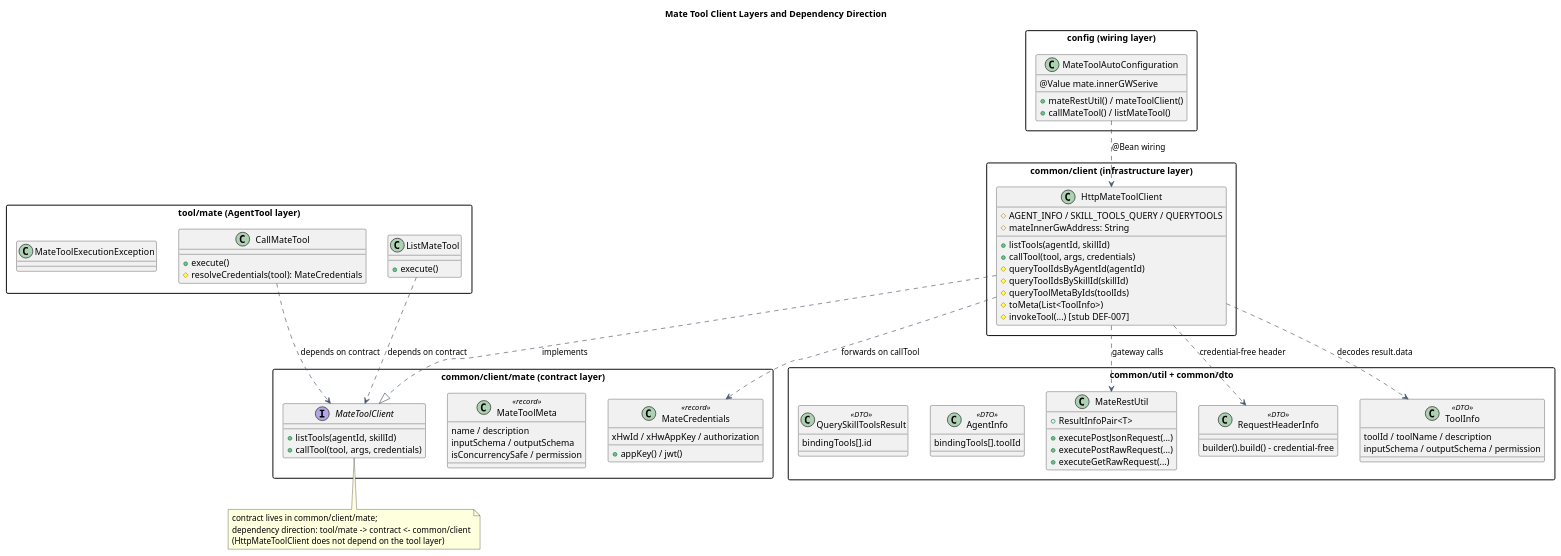
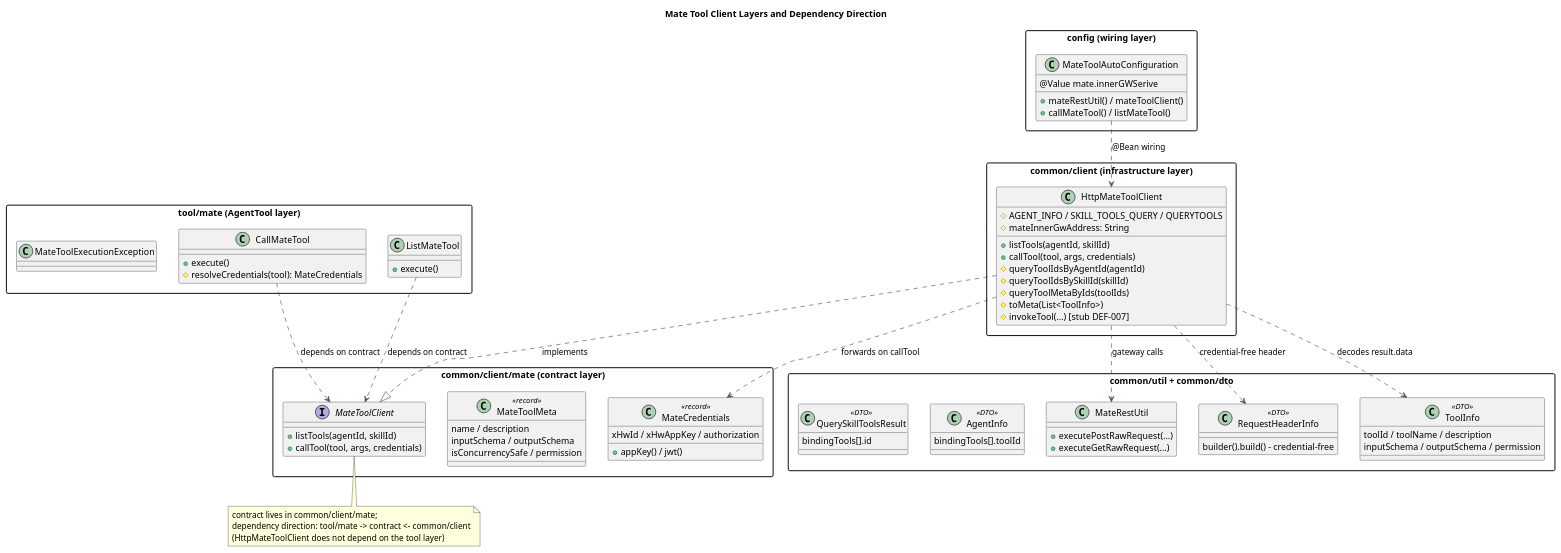
The first of 2 diagrams in docs/designs/mate-tool-client/diagram.puml (2862282695gjh-afk/pi-mono-java), drawn with PlantUML before and after one commit. The commit also changed other lines of this file and 59 other files, not shown here.

First line of the commit message:
fix(mate-tool): 二审修复——环境变量大小写/路径注入校验/设计制品/中文规范

```diff
--- a/docs/designs/mate-tool-client/diagram.puml
+++ b/docs/designs/mate-tool-client/diagram.puml
@@ -1,119 +1,116 @@
 @startuml mate_tool_client_layers
 ' Source evidence:
 ' - modules/coding-agent-cli/src/main/java/com/campusclaw/codingagent/tool/mate/:
 '   CallMateTool (resolveCredentials hook, MateToolExecutionException),
 '   ListMateTool (agent/skill passthrough)
 ' - modules/coding-agent-cli/src/main/java/com/campusclaw/codingagent/common/client/mate/:
 '   MateToolClient (listTools/callTool contract), MateToolMeta, MateCredentials
 ' - modules/coding-agent-cli/src/main/java/com/campusclaw/codingagent/common/client/:
 '   HttpMateToolClient (two-step listTools wiring, invokeTool stub DEF-007)
 ' - modules/coding-agent-cli/src/main/java/com/campusclaw/codingagent/common/util/:
-'   MateRestUtil (executePostJsonRequest / executePostRawRequest /
-'   executeGetRawRequest, ResultInfoPair)
+'   MateRestUtil (executePostRawRequest / executeGetRawRequest)
 ' - modules/coding-agent-cli/src/main/java/com/campusclaw/codingagent/common/dto/:
 '   RequestHeaderInfo (credential-free builder), ToolInfo (QUERYTOOLS result.data),
 '   AgentInfo (bindingTools[].toolId), QuerySkillToolsResult/SkillBindingTool
 '   (bindingTools[].id)
 ' - modules/coding-agent-cli/src/main/java/com/campusclaw/codingagent/config/:
 '   MateToolAutoConfiguration (@Value mate.innerGWSerive), MateToolProperties
-' Source baseline: superheromeZzh/pi-mono-java main + this PR head
+' Source baseline: superheromeZzh/pi-mono-java PR #144 head (branch refactor/mate-tool-properties-lombok)
 ' Observed behavior: both AgentTools are stateless Spring singletons; listTools
 ' resolves bound tool IDs from agent/skill metadata (GET) then calls
 ' QUERYTOOLS credential-free; callTool forwards agent-handed-down
 ' credentials; the invoke RPC is still a DEF-007 stub.
 ' Design reason: process-wide singleton lifetime forbids per-session state on
 ' instances; permission (allow/ask/deny) enforcement stays on the Mate server.
 
 skinparam backgroundColor white
 skinparam shadowing false
 skinparam packageStyle rectangle
 skinparam ArrowColor #475569
 
 title Mate Tool Client Layers and Dependency Direction
 
 package "tool/mate (AgentTool layer)" {
   class CallMateTool {
     + execute()
     # resolveCredentials(tool): MateCredentials
   }
   class ListMateTool {
     + execute()
   }
   class MateToolExecutionException
 }
 
 package "common/client (infrastructure layer)" {
   class HttpMateToolClient {
     # AGENT_INFO / SKILL_TOOLS_QUERY / QUERYTOOLS
     # mateInnerGwAddress: String
     + listTools(agentId, skillId)
     + callTool(tool, args, credentials)
     # queryToolIdsByAgentId(agentId)
     # queryToolIdsBySkillId(skillId)
     # queryToolMetaByIds(toolIds)
     # toMeta(List<ToolInfo>)
     # invokeTool(...) [stub DEF-007]
   }
 }
 
 package "common/client/mate (contract layer)" {
   interface MateToolClient {
     + listTools(agentId, skillId)
     + callTool(tool, args, credentials)
   }
   class MateToolMeta <<record>> {
     name / description
     inputSchema / outputSchema
     isConcurrencySafe / permission
   }
   class MateCredentials <<record>> {
     xHwId / xHwAppKey / authorization
     + appKey() / jwt()
   }
 }
 
 package "common/util + common/dto" {
   class MateRestUtil {
-    + executePostJsonRequest(...)
     + executePostRawRequest(...)
     + executeGetRawRequest(...)
-    + ResultInfoPair<T>
   }
   class RequestHeaderInfo <<DTO>> {
     builder().build() - credential-free
   }
   class ToolInfo <<DTO>> {
     toolId / toolName / description
     inputSchema / outputSchema / permission
   }
   class AgentInfo <<DTO>> {
     bindingTools[].toolId
   }
   class QuerySkillToolsResult <<DTO>> {
     bindingTools[].id
   }
 }
 
 package "config (wiring layer)" {
   class MateToolAutoConfiguration {
     @Value mate.innerGWSerive
     + mateRestUtil() / mateToolClient()
     + callMateTool() / listMateTool()
   }
 }
 
 CallMateTool ..> MateToolClient : depends on contract
 ListMateTool ..> MateToolClient : depends on contract
 HttpMateToolClient ..|> MateToolClient : implements
 HttpMateToolClient ..> MateRestUtil : gateway calls
 HttpMateToolClient ..> RequestHeaderInfo : credential-free header
 HttpMateToolClient ..> ToolInfo : decodes result.data
 HttpMateToolClient ..> MateCredentials : forwards on callTool
 MateToolAutoConfiguration ..> HttpMateToolClient : @Bean wiring
 
 note bottom of MateToolClient
   contract lives in common/client/mate;
   dependency direction: tool/mate -> contract <- common/client
   (HttpMateToolClient does not depend on the tool layer)
 end note
 @enduml
```
